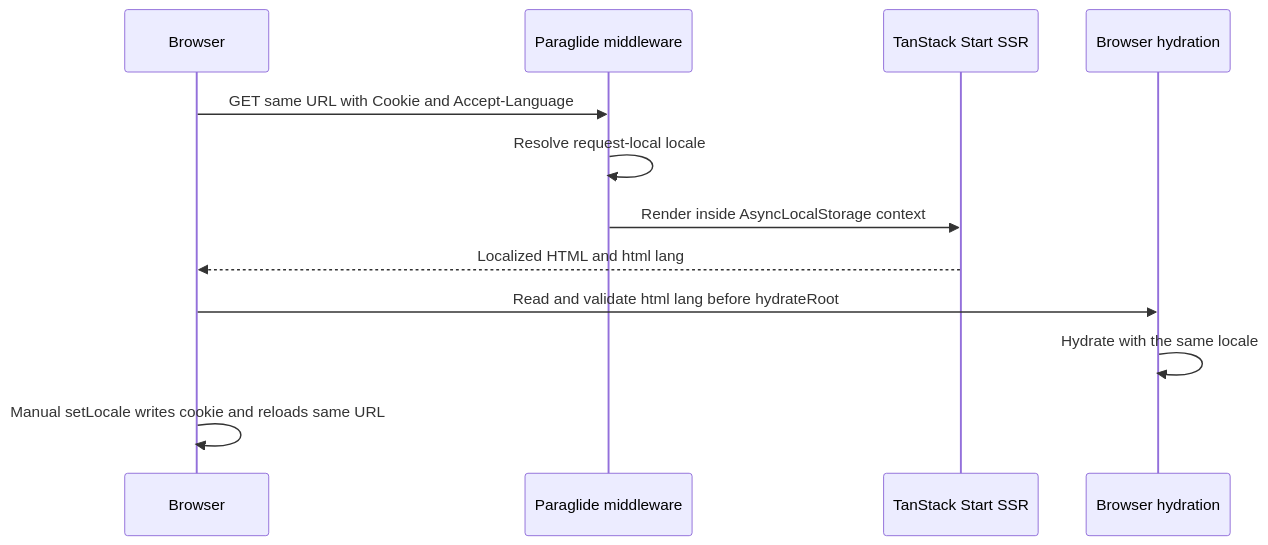
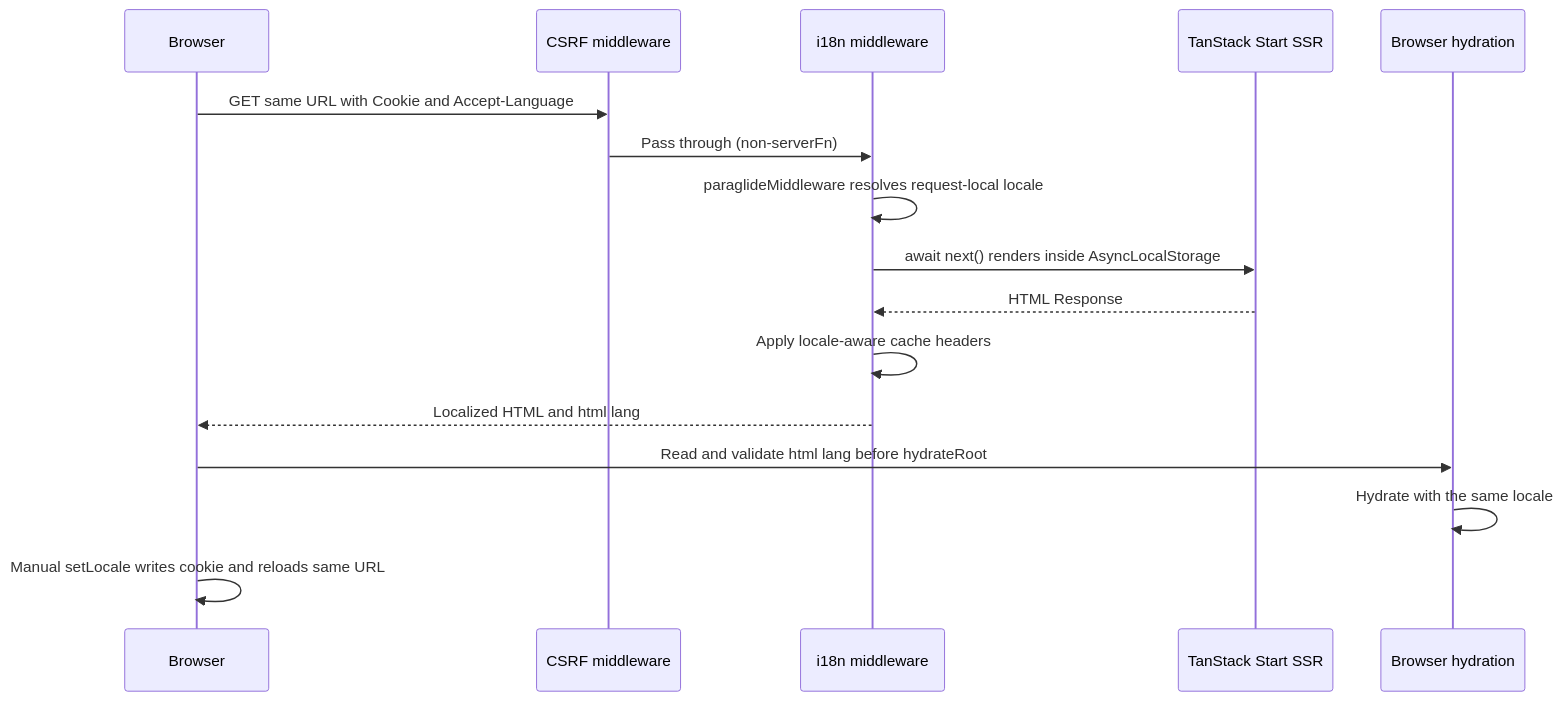
The diagram in design-log/plans/plan-issue-31-tanstack-start-i18n-20260726.md (CXwudi/nijigen-video-site), drawn with Mermaid before and after one commit. The commit also changed other lines of this file and 1 other file, not shown here.

Commit message:
📝 docs(i18n): align middleware design

````diff
--- a/design-log/plans/plan-issue-31-tanstack-start-i18n-20260726.md
+++ b/design-log/plans/plan-issue-31-tanstack-start-i18n-20260726.md
@@ -31,15 +31,19 @@
 ```mermaid
 sequenceDiagram
   participant Browser
-  participant Paraglide as Paraglide middleware
+  participant CSRF as CSRF middleware
+  participant I18n as i18n middleware
   participant Start as TanStack Start SSR
   participant React as Browser hydration
 
-  Browser->>Paraglide: GET same URL with Cookie and Accept-Language
-  Paraglide->>Paraglide: Resolve request-local locale
-  Paraglide->>Start: Render inside AsyncLocalStorage context
-  Start-->>Browser: Localized HTML and html lang
+  Browser->>CSRF: GET same URL with Cookie and Accept-Language
+  CSRF->>I18n: Pass through (non-serverFn)
+  I18n->>I18n: paraglideMiddleware resolves request-local locale
+  I18n->>Start: await next() renders inside AsyncLocalStorage
+  Start-->>I18n: HTML Response
+  I18n->>I18n: Apply locale-aware cache headers
+  I18n-->>Browser: Localized HTML and html lang
   Browser->>React: Read and validate html lang before hydrateRoot
   React->>React: Hydrate with the same locale
   Browser->>Browser: Manual setLocale writes cookie and reloads same URL
 ```
````
